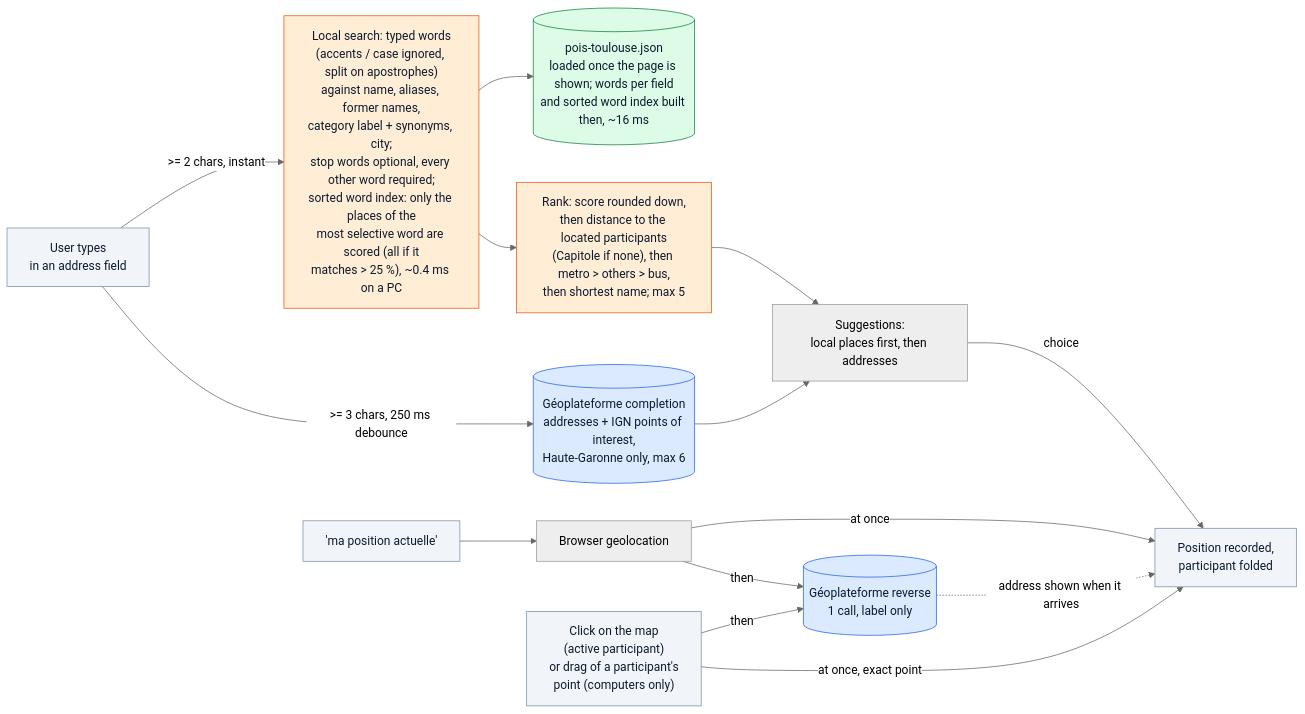
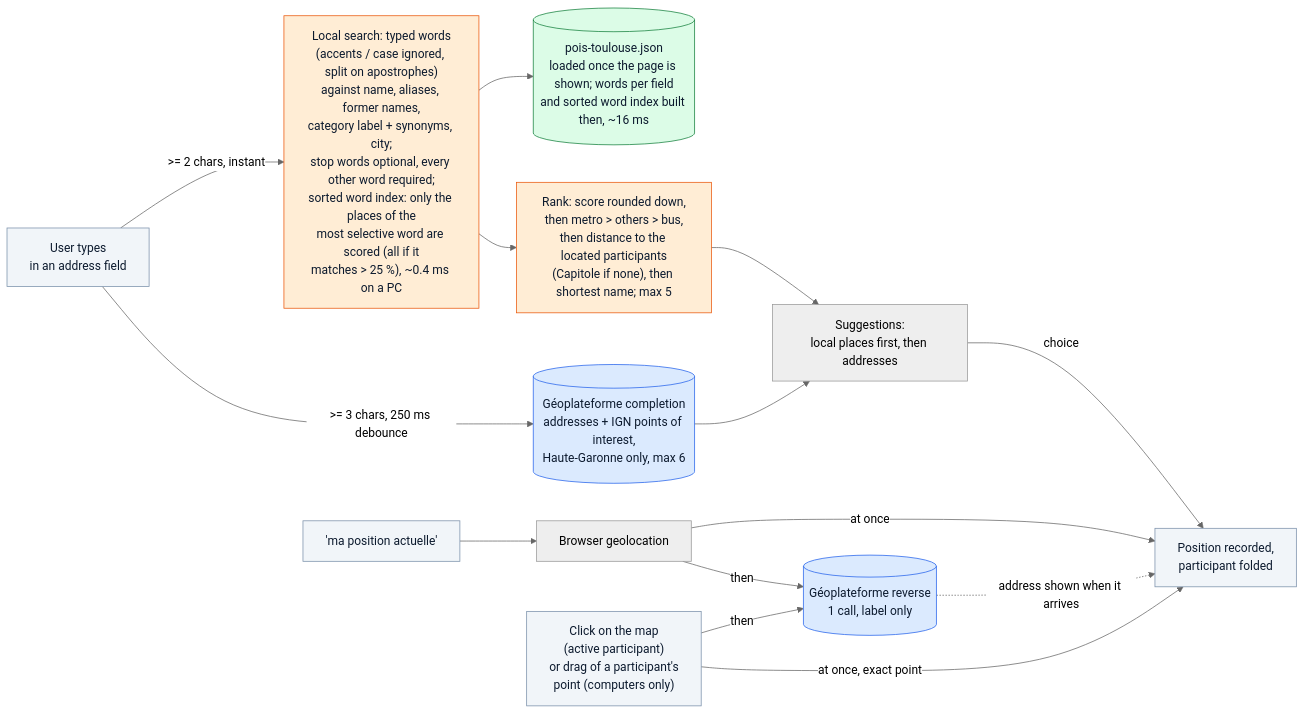
Before and after one commit to NicolasGresset/portfolio: the second of 4 diagrams in docs/location-pipeline.md, drawn with Mermaid (neutral theme). The commit also changed 3 other files, not shown here.

First line of the commit message:
Rendez-vous search: category before distance at equal score

````diff
--- a/docs/location-pipeline.md
+++ b/docs/location-pipeline.md
@@ -87,23 +87,23 @@
 ```mermaid
 flowchart LR
     classDef api fill:#DBEAFE,stroke:#2563EB,color:#0C1A2E
     classDef local fill:#DCFCE7,stroke:#15803D,color:#0C1A2E
     classDef algo fill:#FFEDD5,stroke:#EA580C,color:#0C1A2E
     classDef user fill:#F1F5F9,stroke:#7A90AA,color:#0C1A2E
 
     TYPE["User types<br/>in an address field"]:::user
     TYPE -->|">= 2 chars, instant"| LOCAL["Local search: typed words<br/>(accents / case ignored, split on apostrophes)<br/>against name, aliases, former names,<br/>category label + synonyms, city;<br/>stop words optional, every other word required;<br/>sorted word index: only the places of the<br/>most selective word are scored (all if it<br/>matches > 25 %), ~0.4 ms on a PC"]:::algo
     LOCAL --> JSON[("pois-toulouse.json<br/>loaded once the page is shown; words per field<br/>and sorted word index built then, ~16 ms")]:::local
-    LOCAL --> RANK["Rank: score rounded down,<br/>then distance to the located participants<br/>(Capitole if none), then metro > others > bus,<br/>then shortest name; max 5"]:::algo
+    LOCAL --> RANK["Rank: score rounded down,<br/>then metro > others > bus,<br/>then distance to the located participants<br/>(Capitole if none), then shortest name; max 5"]:::algo
     TYPE -->|">= 3 chars, 250 ms debounce"| COMPLETION[("Géoplateforme completion<br/>addresses + IGN points of interest,<br/>Haute-Garonne only, max 6")]:::api
     RANK --> LIST["Suggestions:<br/>local places first, then addresses"]
     COMPLETION --> LIST
     LIST -->|"choice"| POS["Position recorded,<br/>participant folded"]:::user
 
     GEO["'ma position actuelle'"]:::user --> BROWSERGEO["Browser geolocation"]
     BROWSERGEO -->|"at once"| POS
     BROWSERGEO -->|"then"| REVERSE[("Géoplateforme reverse<br/>1 call, label only")]:::api
     REVERSE -.->|"address shown when it arrives"| POS
     MAPCLICK["Click on the map<br/>(active participant)<br/>or drag of a participant's<br/>point (computers only)"]:::user -->|"at once, exact point"| POS
     MAPCLICK -->|"then"| REVERSE
 ```
````
